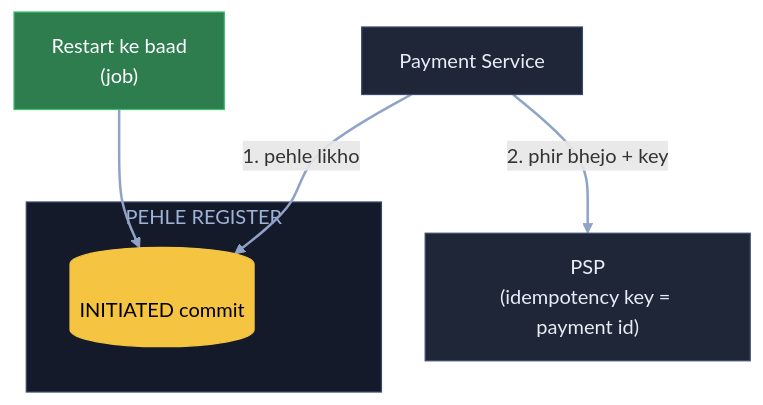
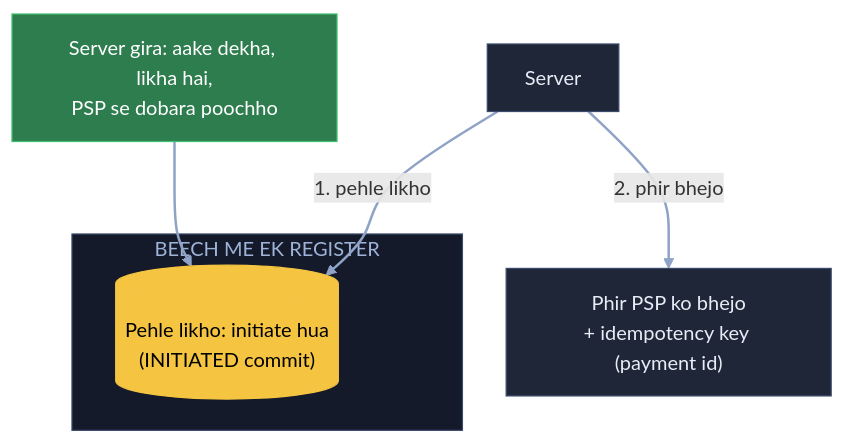
The fifth of 11 diagrams in 04_HLD/SYSTEM_DESIGNS/06_payment_system/06_payment_system.md (ArpanMaheshwari144/Prep), drawn with Mermaid before and after one commit. The commit also changed other lines of this file, not shown here.

Commit message:
Payment: 11 diagram hand notes ke shabdon se, K4 heading 'fallback tareeka'

````diff
--- a/04_HLD/SYSTEM_DESIGNS/06_payment_system/06_payment_system.md
+++ b/04_HLD/SYSTEM_DESIGNS/06_payment_system/06_payment_system.md
@@ -148,18 +149,18 @@
 ```mermaid
 flowchart TB
-    S["Payment Service"]:::card
-    subgraph PR["PEHLE REGISTER"]
-        D[("INITIATED commit")]:::pill
+    S["Server"]:::card
+    subgraph BR["BEECH ME EK REGISTER"]
+        D[("Pehle likho: initiate hua<br/>(INITIATED commit)")]:::pill
     end
-    P["PSP<br/>(idempotency key = payment id)"]:::card
-    J["Restart ke baad<br/>(job)"]:::good
+    P["Phir PSP ko bhejo<br/>+ idempotency key (payment id)"]:::card
+    G["Server gira: aake dekha, likha hai,<br/>PSP se dobara poochho"]:::good
     S -- "1. pehle likho" --> D
-    S -- "2. phir bhejo + key" --> P
-    J --> D
+    S -- "2. phir bhejo" --> P
+    G --> D
     linkStyle default stroke:#8fa3c7,stroke-width:2px
     classDef card fill:#1e2638,stroke:#3a4a6b,color:#e8ecf5
     classDef pill fill:#f5c542,stroke:#f5c542,color:#000
     classDef good fill:#2e7d4f,stroke:#3fbf6f,color:#fff
     classDef bad fill:#5c1f24,stroke:#e05561,color:#fff
-    style PR fill:#141a29,stroke:#3a4a6b,color:#9fb3d9
+    style BR fill:#141a29,stroke:#3a4a6b,color:#9fb3d9
 ```
````
